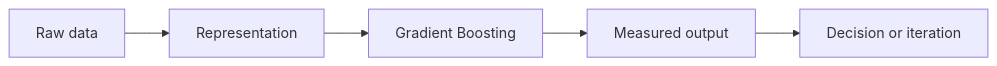
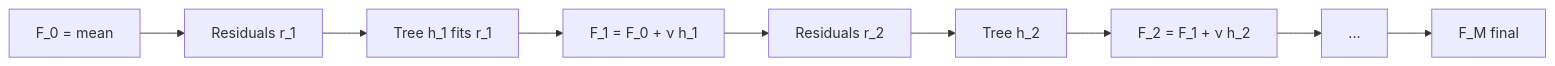
Before and after one commit to Icon1cc/Machine-Learning: the diagram in classical-ml/07-gradient-boosting.md, drawn with Mermaid. The commit also changed other lines of this file and 264 other files, not shown here.

````diff
--- a/classical-ml/07-gradient-boosting.md
+++ b/classical-ml/07-gradient-boosting.md
@@ -92,7 +169,11 @@
 ```mermaid
 flowchart LR
-    A[Raw data] --> B[Representation]
-    B --> C[Gradient Boosting]
-    C --> D[Measured output]
-    D --> E[Decision or iteration]
+    F0[F_0 = mean] --> R1[Residuals r_1]
+    R1 --> H1[Tree h_1 fits r_1]
+    H1 --> F1[F_1 = F_0 + ν h_1]
+    F1 --> R2[Residuals r_2]
+    R2 --> H2[Tree h_2]
+    H2 --> F2[F_2 = F_1 + ν h_2]
+    F2 --> Dots[...]
+    Dots --> FM[F_M final]
 ```
````
